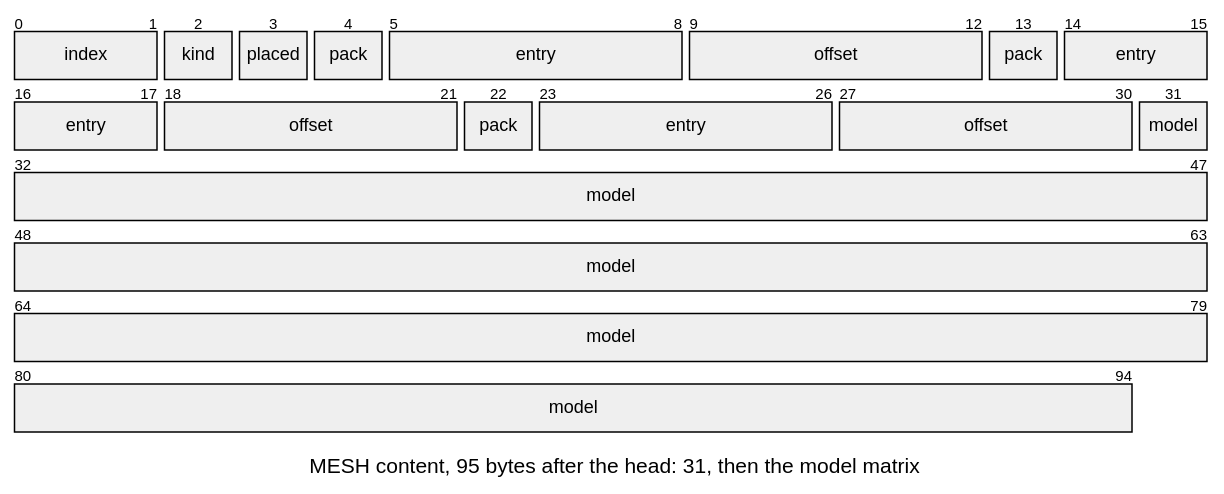
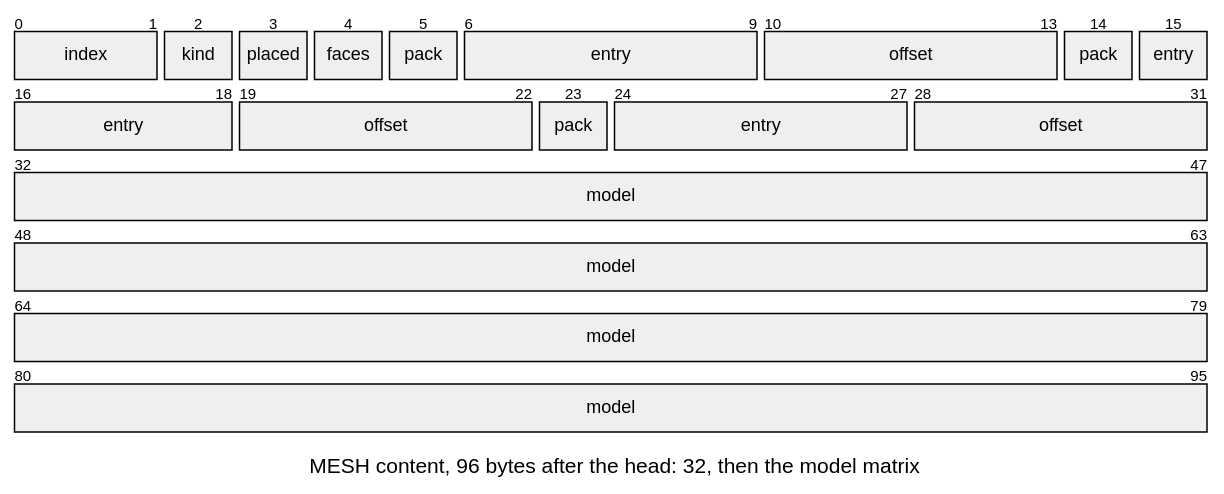
The sixth of 10 diagrams in docs/tools/Frame-Record-Format.md (jose-villegas/autana), drawn with Mermaid before and after one commit. The commit also changed other lines of this file and 5 other files, not shown here.

````diff
--- a/docs/tools/Frame-Record-Format.md
+++ b/docs/tools/Frame-Record-Format.md
@@ -125,24 +125,25 @@
 ```mermaid
 ---
 config:
-  themeCSS: "g:nth-of-type(2) rect:nth-of-type(1) { fill: #e3e3e3 !important; } g:nth-of-type(2) rect:nth-of-type(2) { fill: #e3e3e3 !important; } g:nth-of-type(2) rect:nth-of-type(3) { fill: #e3e3e3 !important; } g:nth-of-type(2) rect:nth-of-type(4) { fill: #e3e3e3 !important; } g:nth-of-type(2) rect:nth-of-type(5) { fill: #e3e3e3 !important; } g:nth-of-type(2) rect:nth-of-type(6) { fill: #e3e3e3 !important; } g:nth-of-type(2) rect:nth-of-type(7) { fill: #e3e3e3 !important; } g:nth-of-type(2) rect:nth-of-type(8) { fill: #e3e3e3 !important; } g:nth-of-type(2) rect:nth-of-type(9) { fill: #e3e3e3 !important; } g:nth-of-type(3) rect:nth-of-type(1) { fill: #e3e3e3 !important; } g:nth-of-type(4) rect:nth-of-type(1) { fill: #e3e3e3 !important; } g:nth-of-type(5) rect:nth-of-type(1) { fill: #e3e3e3 !important; } g:nth-of-type(6) rect:nth-of-type(1) { fill: #e3e3e3 !important; } .packetLabel { fill: #1b1b1b !important; }"
+  themeCSS: "g:nth-of-type(2) rect:nth-of-type(1) { fill: #e3e3e3 !important; } g:nth-of-type(2) rect:nth-of-type(2) { fill: #e3e3e3 !important; } g:nth-of-type(2) rect:nth-of-type(3) { fill: #e3e3e3 !important; } g:nth-of-type(2) rect:nth-of-type(4) { fill: #e3e3e3 !important; } g:nth-of-type(2) rect:nth-of-type(5) { fill: #e3e3e3 !important; } g:nth-of-type(2) rect:nth-of-type(6) { fill: #e3e3e3 !important; } g:nth-of-type(2) rect:nth-of-type(7) { fill: #e3e3e3 !important; } g:nth-of-type(2) rect:nth-of-type(8) { fill: #e3e3e3 !important; } g:nth-of-type(2) rect:nth-of-type(9) { fill: #e3e3e3 !important; } g:nth-of-type(3) rect:nth-of-type(1) { fill: #e3e3e3 !important; } g:nth-of-type(3) rect:nth-of-type(2) { fill: #e3e3e3 !important; } g:nth-of-type(3) rect:nth-of-type(3) { fill: #e3e3e3 !important; } g:nth-of-type(3) rect:nth-of-type(4) { fill: #e3e3e3 !important; } g:nth-of-type(3) rect:nth-of-type(5) { fill: #e3e3e3 !important; } g:nth-of-type(4) rect:nth-of-type(1) { fill: #e3e3e3 !important; } g:nth-of-type(5) rect:nth-of-type(1) { fill: #e3e3e3 !important; } g:nth-of-type(6) rect:nth-of-type(1) { fill: #e3e3e3 !important; } g:nth-of-type(7) rect:nth-of-type(1) { fill: #e3e3e3 !important; } .packetLabel { fill: #1b1b1b !important; }"
   packet:
     bitsPerRow: 16
     bitWidth: 50
 ---
 packet-beta
-title MESH content, 95 bytes after the head: 31, then the model matrix
+title MESH content, 96 bytes after the head: 32, then the model matrix
 0-1: "index"
 2-2: "kind"
 3-3: "placed"
-4-4: "pack"
-5-8: "entry"
-9-12: "offset"
-13-13: "pack"
-14-17: "entry"
-18-21: "offset"
-22-22: "pack"
-23-26: "entry"
-27-30: "offset"
-31-94: "model"
+4-4: "faces"
+5-5: "pack"
+6-9: "entry"
+10-13: "offset"
+14-14: "pack"
+15-18: "entry"
+19-22: "offset"
+23-23: "pack"
+24-27: "entry"
+28-31: "offset"
+32-95: "model"
 ```
````
